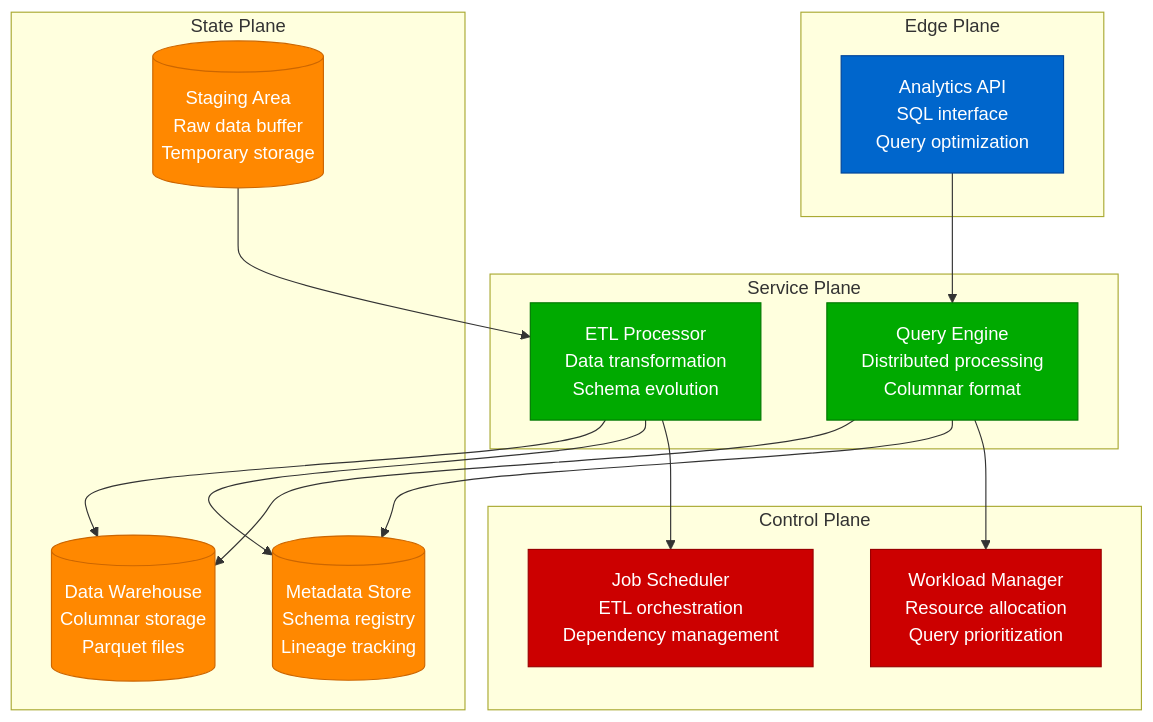
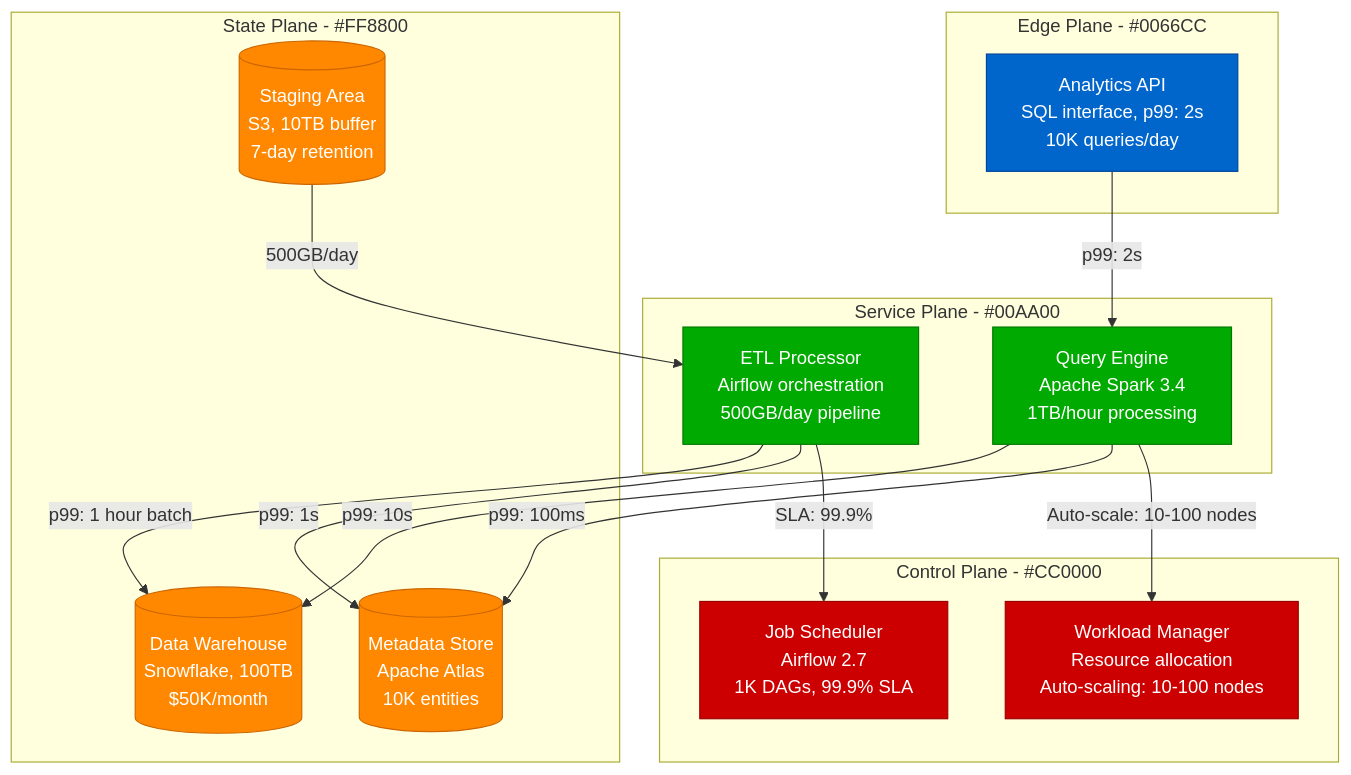
The ninth of 12 diagrams in site/docs/patterns/micro-patterns.md (deepaucksharma/DS), drawn with Mermaid before and after one commit. The commit also changed other lines of this file and 108 other files, not shown here.

````diff
--- a/site/docs/patterns/micro-patterns.md
+++ b/site/docs/patterns/micro-patterns.md
@@ -559,46 +559,46 @@
 ```mermaid
 graph TB
-    subgraph EdgePlane[Edge Plane]
-        QUERY_API[Analytics API<br/>SQL interface<br/>Query optimization]
+    subgraph EdgePlane[Edge Plane - #0066CC]
+        QUERY_API[Analytics API<br/>SQL interface, p99: 2s<br/>10K queries/day]
     end
 
-    subgraph ServicePlane[Service Plane]
-        QUERY_ENGINE[Query Engine<br/>Distributed processing<br/>Columnar format]
-        ETL[ETL Processor<br/>Data transformation<br/>Schema evolution]
+    subgraph ServicePlane[Service Plane - #00AA00]
+        QUERY_ENGINE[Query Engine<br/>Apache Spark 3.4<br/>1TB/hour processing]
+        ETL[ETL Processor<br/>Airflow orchestration<br/>500GB/day pipeline]
     end
 
-    subgraph StatePlane[State Plane]
-        DWH[(Data Warehouse<br/>Columnar storage<br/>Parquet files)]
-        STAGING[(Staging Area<br/>Raw data buffer<br/>Temporary storage)]
-        METADATA[(Metadata Store<br/>Schema registry<br/>Lineage tracking)]
+    subgraph StatePlane[State Plane - #FF8800]
+        DWH[(Data Warehouse<br/>Snowflake, 100TB<br/>$50K/month)]
+        STAGING[(Staging Area<br/>S3, 10TB buffer<br/>7-day retention)]
+        METADATA[(Metadata Store<br/>Apache Atlas<br/>10K entities)]
     end
 
-    subgraph ControlPlane[Control Plane]
-        WORKLOAD[Workload Manager<br/>Resource allocation<br/>Query prioritization]
-        SCHEDULER[Job Scheduler<br/>ETL orchestration<br/>Dependency management]
+    subgraph ControlPlane[Control Plane - #CC0000]
+        WORKLOAD[Workload Manager<br/>Resource allocation<br/>Auto-scaling: 10-100 nodes]
+        SCHEDULER[Job Scheduler<br/>Airflow 2.7<br/>1K DAGs, 99.9% SLA]
     end
 
     %% Query flow
-    QUERY_API --> QUERY_ENGINE
-    QUERY_ENGINE --> DWH
-    QUERY_ENGINE --> METADATA
+    QUERY_API -->|p99: 2s| QUERY_ENGINE
+    QUERY_ENGINE -->|p99: 10s| DWH
+    QUERY_ENGINE -->|p99: 100ms| METADATA
 
     %% ETL flow
-    STAGING --> ETL
-    ETL --> DWH
-    ETL --> METADATA
+    STAGING -->|500GB/day| ETL
+    ETL -->|p99: 1 hour batch| DWH
+    ETL -->|p99: 1s| METADATA
 
     %% Management
-    QUERY_ENGINE --> WORKLOAD
-    ETL --> SCHEDULER
+    QUERY_ENGINE -->|Auto-scale: 10-100 nodes| WORKLOAD
+    ETL -->|SLA: 99.9%| SCHEDULER
 
     classDef edgeStyle fill:#0066CC,stroke:#004499,color:#fff
     classDef serviceStyle fill:#00AA00,stroke:#007700,color:#fff
     classDef stateStyle fill:#FF8800,stroke:#CC6600,color:#fff
     classDef controlStyle fill:#CC0000,stroke:#990000,color:#fff
 
     class QUERY_API edgeStyle
     class QUERY_ENGINE,ETL serviceStyle
     class DWH,STAGING,METADATA stateStyle
     class WORKLOAD,SCHEDULER controlStyle
 ```
````
